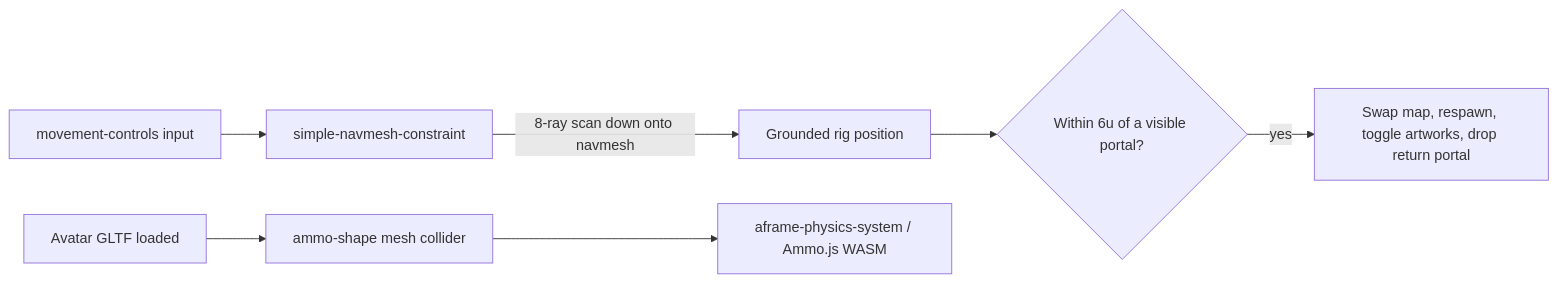
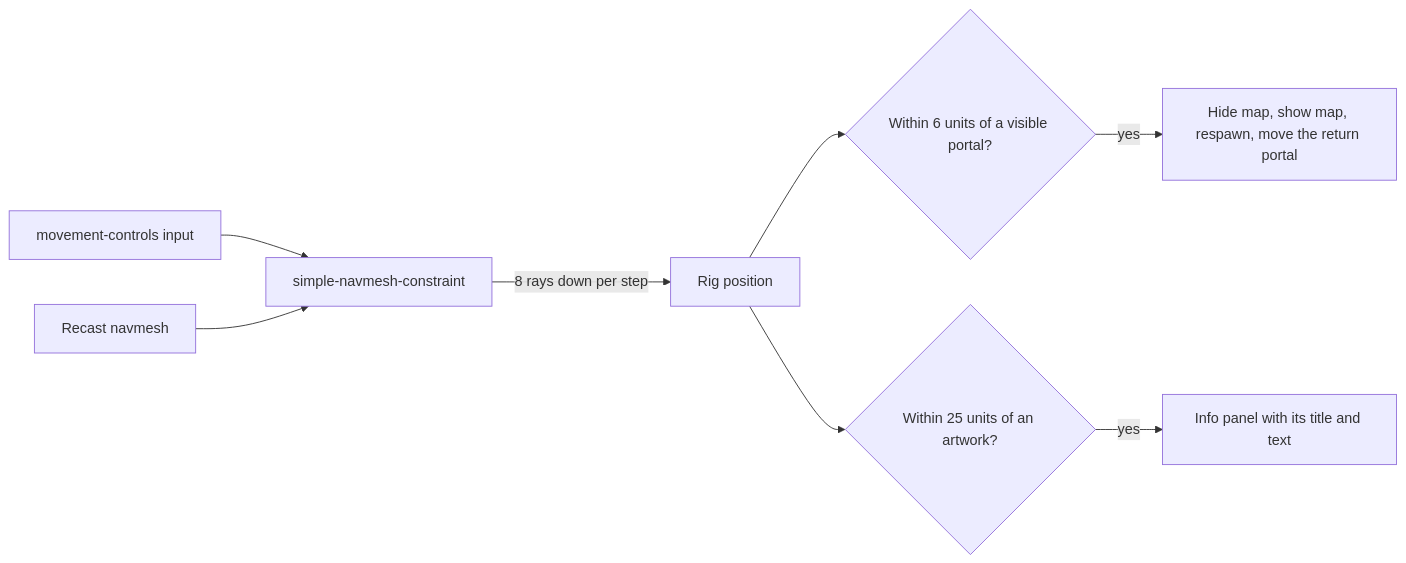
One commit to aenoriss/transcendence changed the diagram in README.md. Above: the diagram before and after it, drawn with Mermaid. The commit also changed other lines of this file and 13 other files, not shown here.

````diff
--- a/README.md
+++ b/README.md
@@ -22,9 +21,10 @@
 ```mermaid
 flowchart LR
   I[movement-controls input] --> N[simple-navmesh-constraint]
-  N -->|8-ray scan down onto navmesh| G[Grounded rig position]
-  G --> P{Within 6u of a visible portal?}
-  P -->|yes| SW[Swap map, respawn, toggle artworks, drop return portal]
-  A[Avatar GLTF loaded] --> AM[ammo-shape mesh collider]
-  AM --> PHYS[aframe-physics-system / Ammo.js WASM]
+  M[Recast navmesh] --> N
+  N -->|8 rays down per step| G[Rig position]
+  G --> P{Within 6 units of a visible portal?}
+  P -->|yes| SW[Hide map, show map, respawn, move the return portal]
+  G --> A{Within 25 units of an artwork?}
+  A -->|yes| INFO[Info panel with its title and text]
 ```
````
